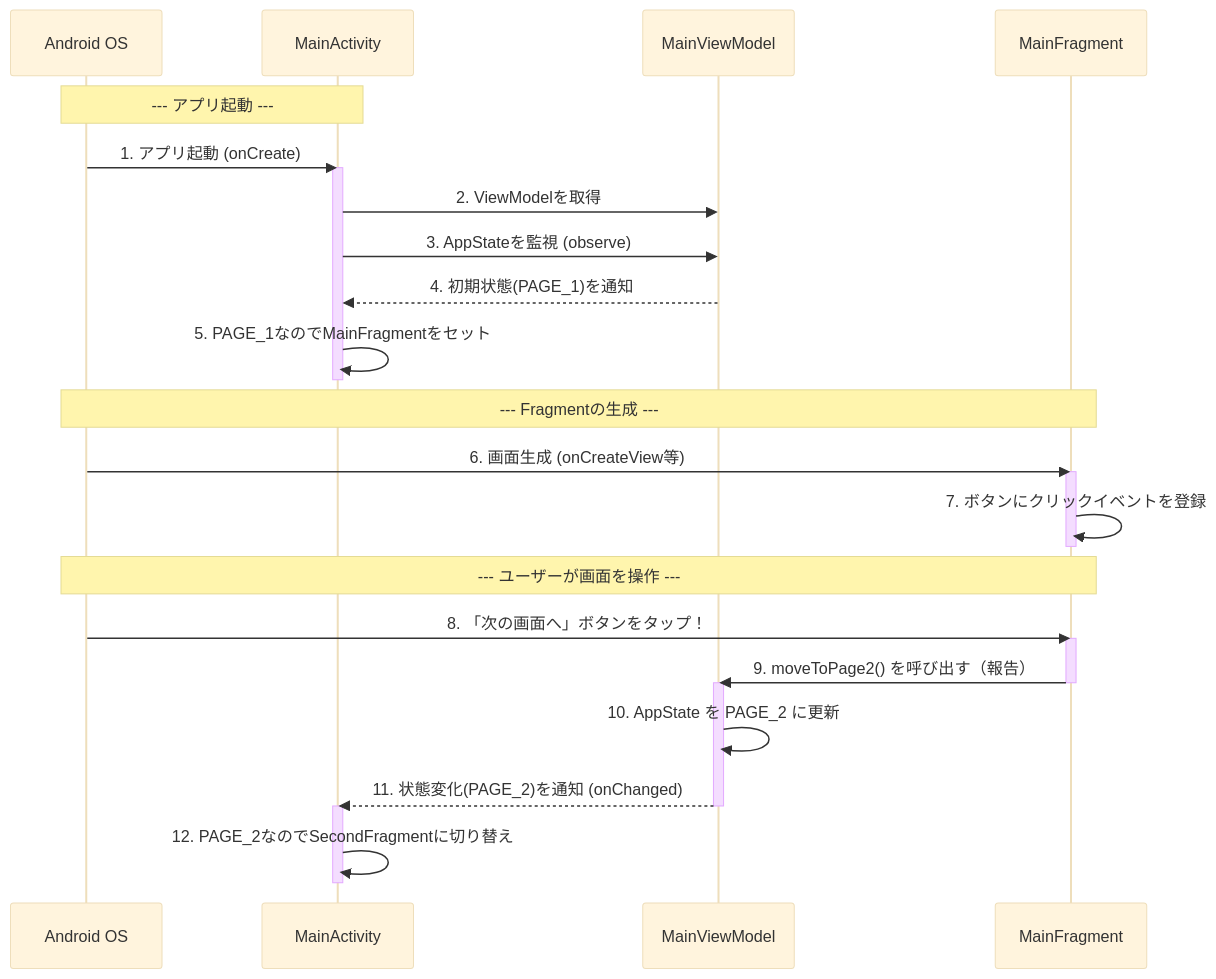
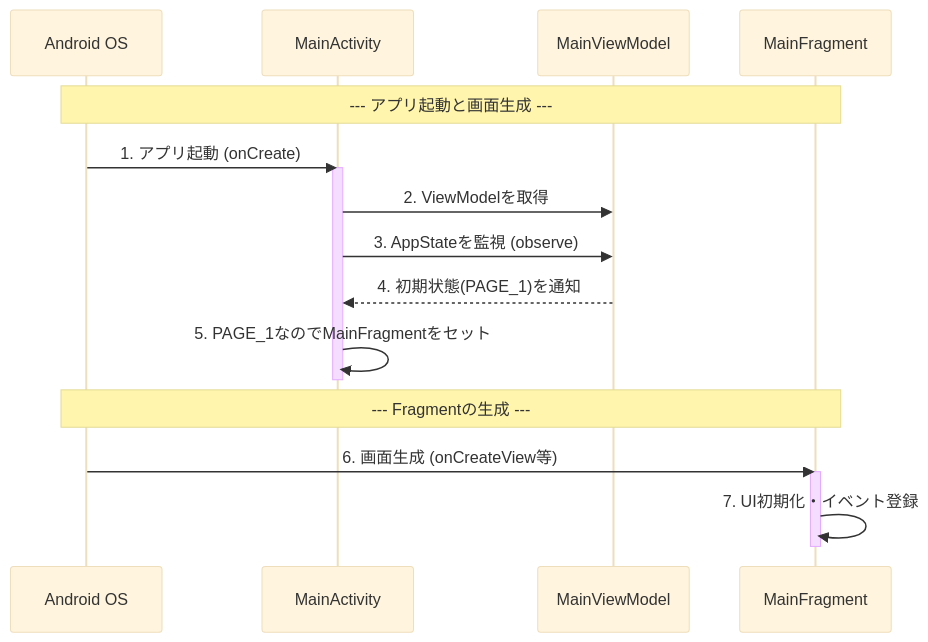
Before and after one commit to rotani/android-study: the second of 3 diagrams in README.md, drawn with Mermaid (base theme). The commit also changed other lines of this file and 6 other files, not shown here.

````diff
--- a/README.md
+++ b/README.md
@@ -62,40 +73,24 @@
 ```mermaid
 sequenceDiagram
     participant OS as Android OS
     participant Activity as MainActivity
     participant VM as MainViewModel
     participant Fragment as MainFragment
 
-    Note over OS, Activity: --- アプリ起動 ---
+    Note over OS, Fragment: --- アプリ起動と画面生成 ---
     OS->>Activity: 1. アプリ起動 (onCreate)
     activate Activity
     
     Activity->>VM: 2. ViewModelを取得
     Activity->>VM: 3. AppStateを監視 (observe)
     VM-->>Activity: 4. 初期状態(PAGE_1)を通知
 
     Activity->>Activity: 5. PAGE_1なのでMainFragmentをセット
     deactivate Activity
     
     Note over OS, Fragment: --- Fragmentの生成 ---
     OS->>Fragment: 6. 画面生成 (onCreateView等)
     activate Fragment
-    Fragment->>Fragment: 7. ボタンにクリックイベントを登録
+    Fragment->>Fragment: 7. UI初期化・イベント登録
     deactivate Fragment
-
-    Note over OS, Fragment: --- ユーザーが画面を操作 ---
-    
-    OS->>Fragment: 8. 「次の画面へ」ボタンをタップ！
-    activate Fragment
-    Fragment->>VM: 9. moveToPage2() を呼び出す（報告）
-    deactivate Fragment
-    
-    activate VM
-    VM->>VM: 10. AppState を PAGE_2 に更新
-    VM-->>Activity: 11. 状態変化(PAGE_2)を通知 (onChanged)
-    deactivate VM
-    
-    activate Activity
-    Activity->>Activity: 12. PAGE_2なのでSecondFragmentに切り替え
-    deactivate Activity
 ```
````
